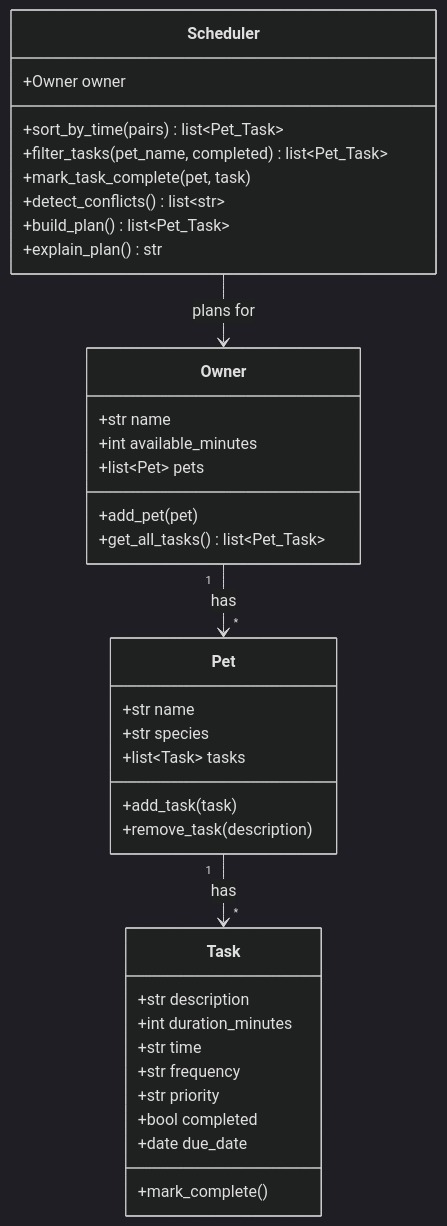
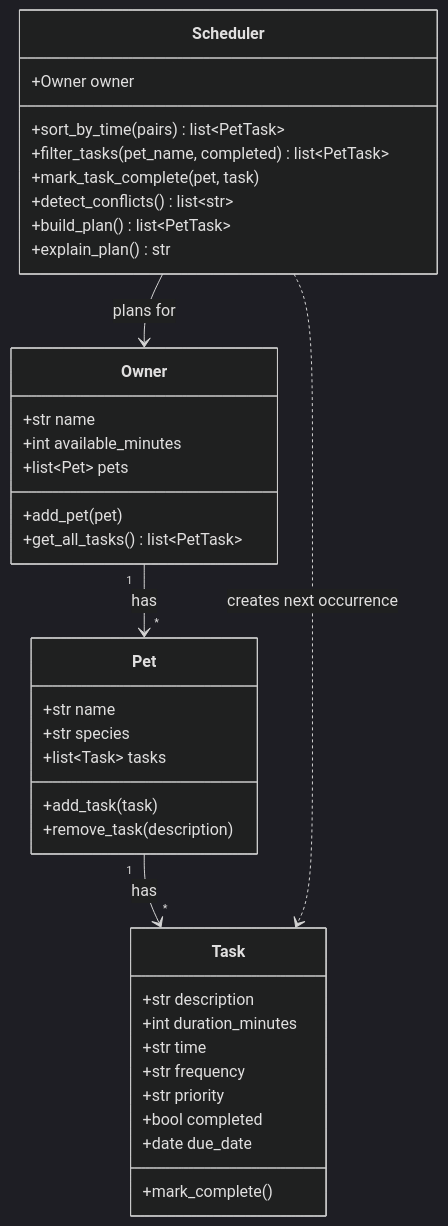
The diagram in diagrams/uml.mmd (ajacob2022/ai110-module2show-pawpal-starter), drawn with Mermaid (dark theme) before and after one commit. The commit also changed 4 other files, not shown here.

Commit message:
docs: polish UI, finalize UML, README, and reflection

```diff
--- a/diagrams/uml.mmd
+++ b/diagrams/uml.mmd
@@ -1,41 +1,42 @@
 classDiagram
     class Owner {
         +str name
         +int available_minutes
         +list~Pet~ pets
         +add_pet(pet)
-        +get_all_tasks() list~Pet_Task~
+        +get_all_tasks() list~PetTask~
     }
 
     class Pet {
         +str name
         +str species
         +list~Task~ tasks
         +add_task(task)
         +remove_task(description)
     }
 
     class Task {
         +str description
         +int duration_minutes
         +str time
         +str frequency
         +str priority
         +bool completed
         +date due_date
         +mark_complete()
     }
 
     class Scheduler {
         +Owner owner
-        +sort_by_time(pairs) list~Pet_Task~
-        +filter_tasks(pet_name, completed) list~Pet_Task~
+        +sort_by_time(pairs) list~PetTask~
+        +filter_tasks(pet_name, completed) list~PetTask~
         +mark_task_complete(pet, task)
         +detect_conflicts() list~str~
-        +build_plan() list~Pet_Task~
+        +build_plan() list~PetTask~
         +explain_plan() str
     }
 
     Owner "1" --> "*" Pet : has
     Pet "1" --> "*" Task : has
     Scheduler --> Owner : plans for
+    Scheduler ..> Task : creates next occurrence
```
